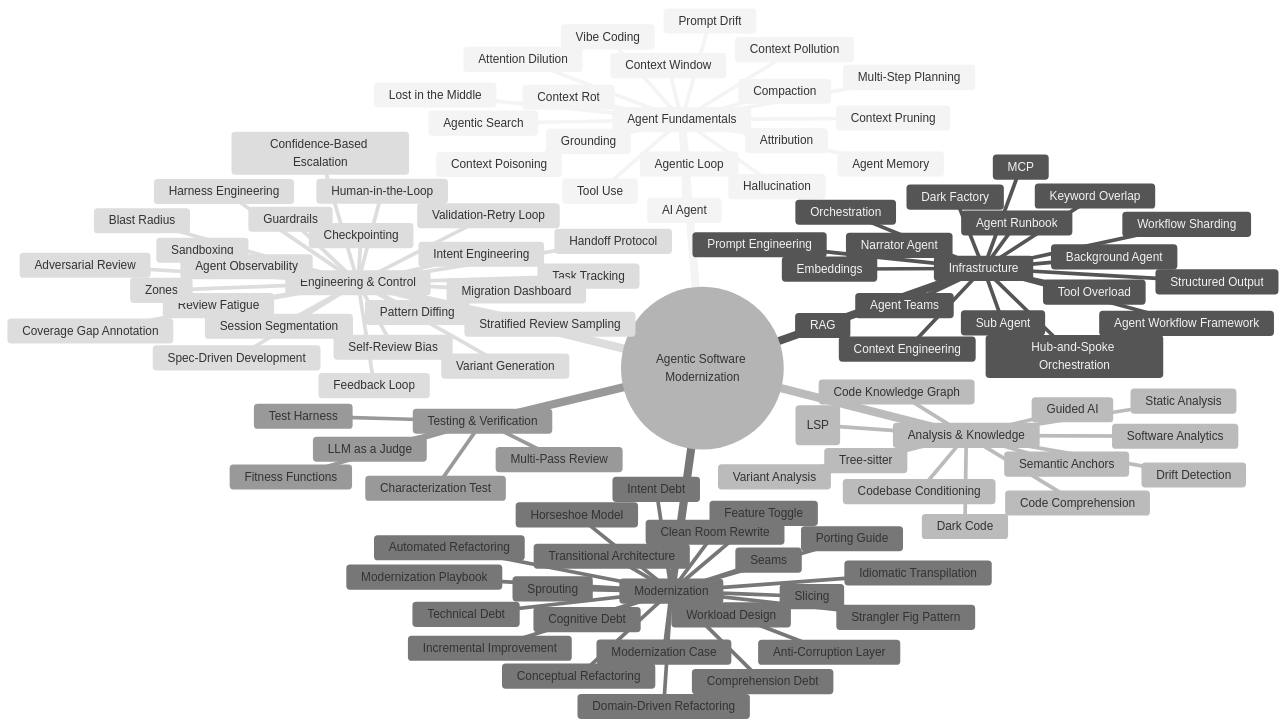
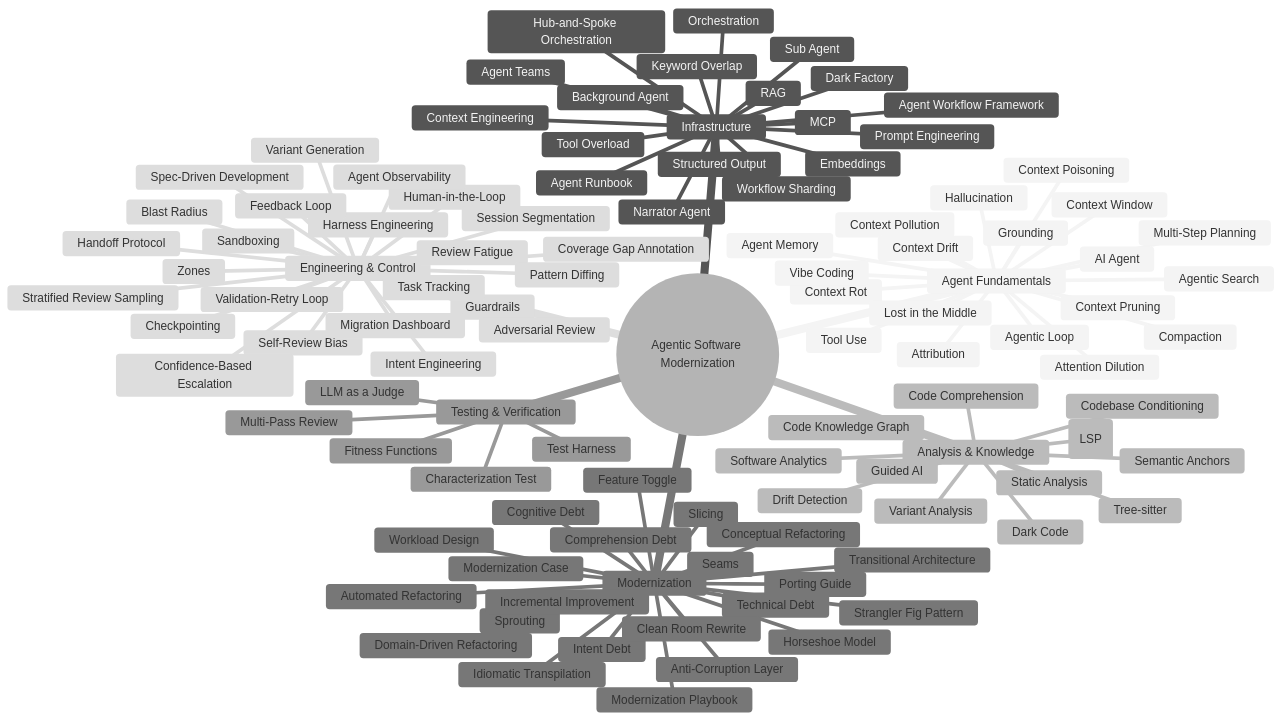
Before and after one commit to feststelltaste/asm-glossary: the seventh of 7 diagrams in CONCEPT_MAP.md, drawn with Mermaid (neutral theme). The commit also changed other lines of this file and 20 other files, not shown here.

First line of the commit message:
Rename Prompt Drift to Context Drift

```diff
--- a/CONCEPT_MAP.md
+++ b/CONCEPT_MAP.md
@@ -231,7 +231,7 @@
       Context Pollution
       Context Pruning
       Compaction
-      Prompt Drift
+      Context Drift
       Attention Dilution
       Lost in the Middle
       Grounding
```
